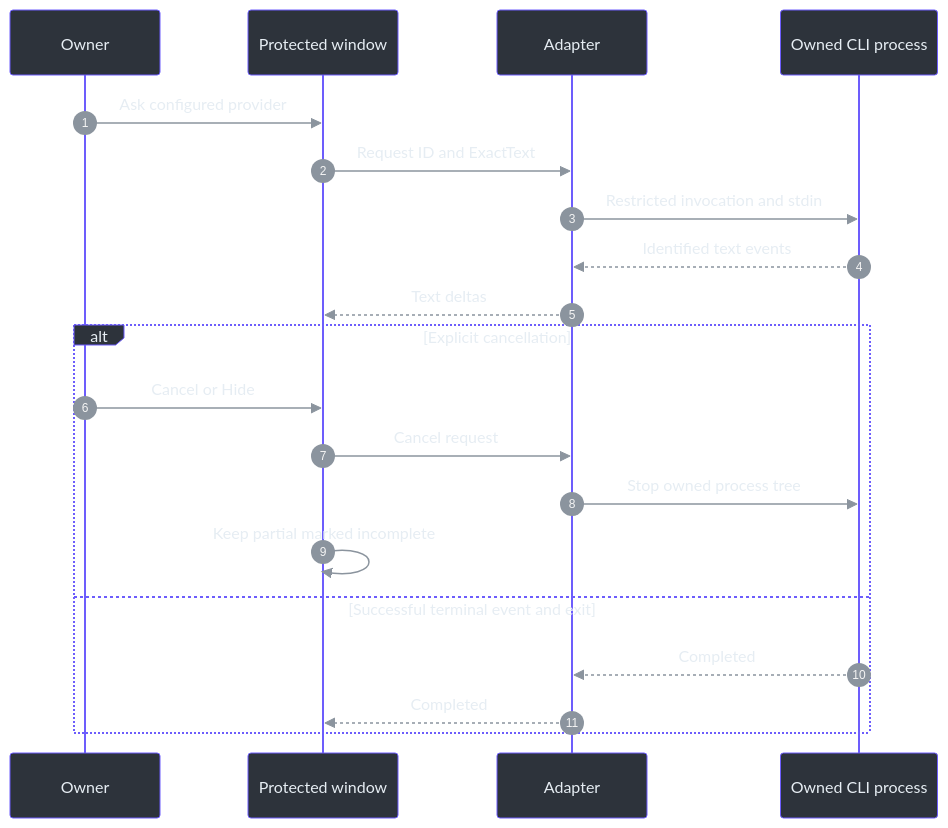
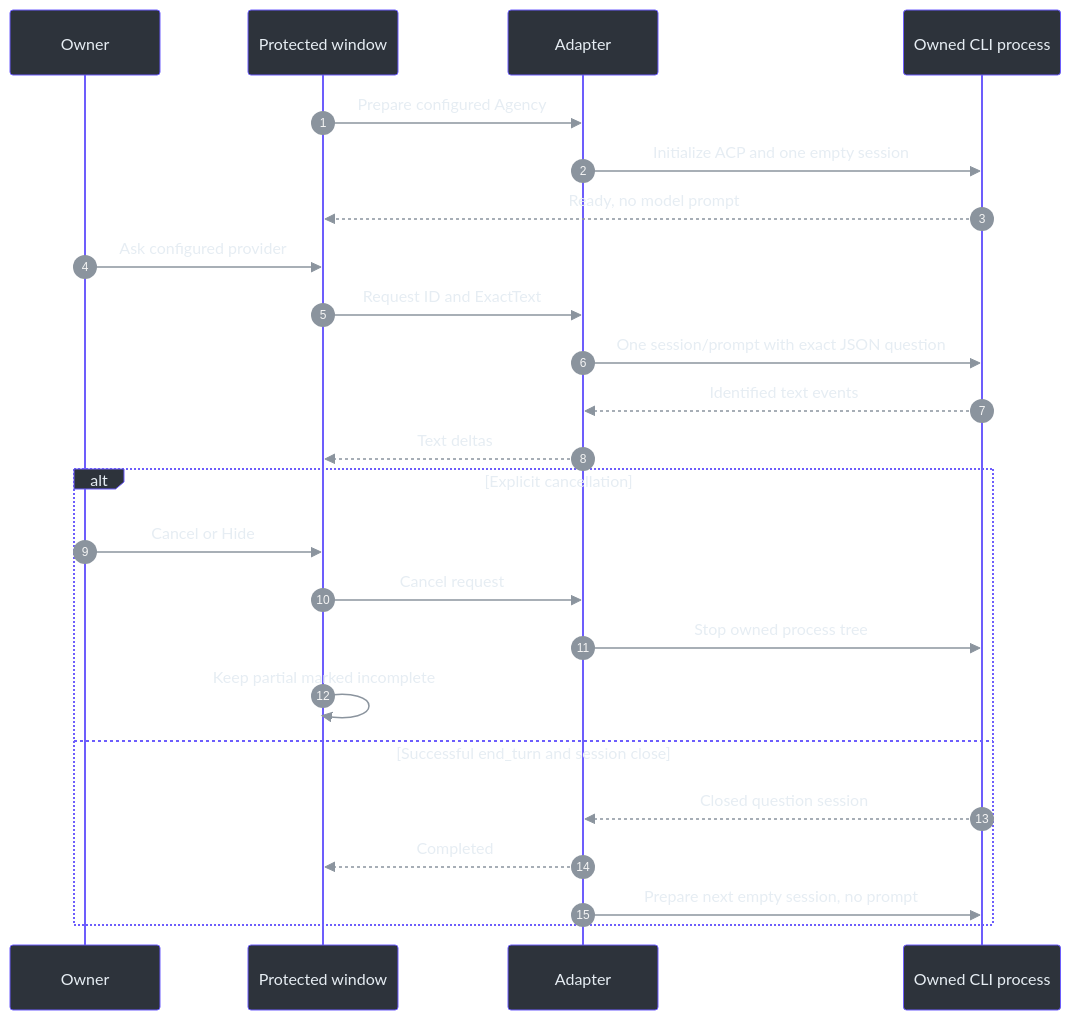
Before and after one commit to Zanark/phantom-fudge: the second of 2 diagrams in docs/ANSWER-PROVIDERS.md, drawn with Mermaid. The commit also changed other lines of this file and 371 other files, not shown here.

````diff
--- a/docs/ANSWER-PROVIDERS.md
+++ b/docs/ANSWER-PROVIDERS.md
@@ -216,34 +259,38 @@
 ```mermaid
 ---
 config:
   theme: base
   themeVariables:
     actorBkg: "#2d333b"
     actorBorder: "#6d5dfc"
     actorTextColor: "#e6edf3"
     signalColor: "#8b949e"
     signalTextColor: "#e6edf3"
 ---
 sequenceDiagram
     accTitle: A bounded answer request and explicit cancellation
-    accDescr: The UI sends one exact question, accepts identified text deltas, and cancels the owned process without retrying when the user cancels.
+    accDescr: Startup prepares one empty session without inference. Explicit Ask sends one exact question. Completion closes its session and prepares a fresh empty one; cancellation stops the owned process.
     autonumber
     participant Owner
     participant UI as Protected window
     participant Adapter
     participant CLI as Owned CLI process
+    UI->>Adapter: Prepare configured Agency
+    Adapter->>CLI: Initialize ACP and one empty session
+    CLI-->>UI: Ready, no model prompt
     Owner->>UI: Ask configured provider
     UI->>Adapter: Request ID and ExactText
-    Adapter->>CLI: Restricted invocation and stdin
+    Adapter->>CLI: One session/prompt with exact JSON question
     CLI-->>Adapter: Identified text events
     Adapter-->>UI: Text deltas
     alt Explicit cancellation
         Owner->>UI: Cancel or Hide
         UI->>Adapter: Cancel request
         Adapter->>CLI: Stop owned process tree
         UI->>UI: Keep partial marked incomplete
-    else Successful terminal event and exit
-        CLI-->>Adapter: Completed
+    else Successful end_turn and session close
+        CLI-->>Adapter: Closed question session
         Adapter-->>UI: Completed
+        Adapter->>CLI: Prepare next empty session, no prompt
     end
 ```
````
